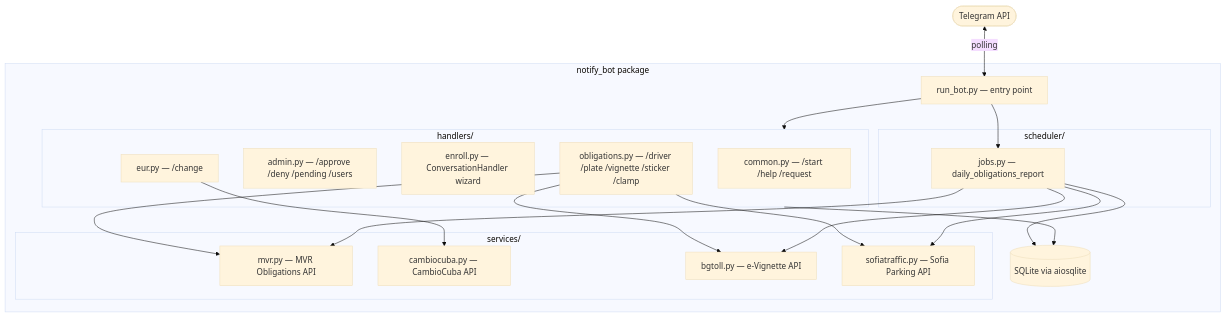
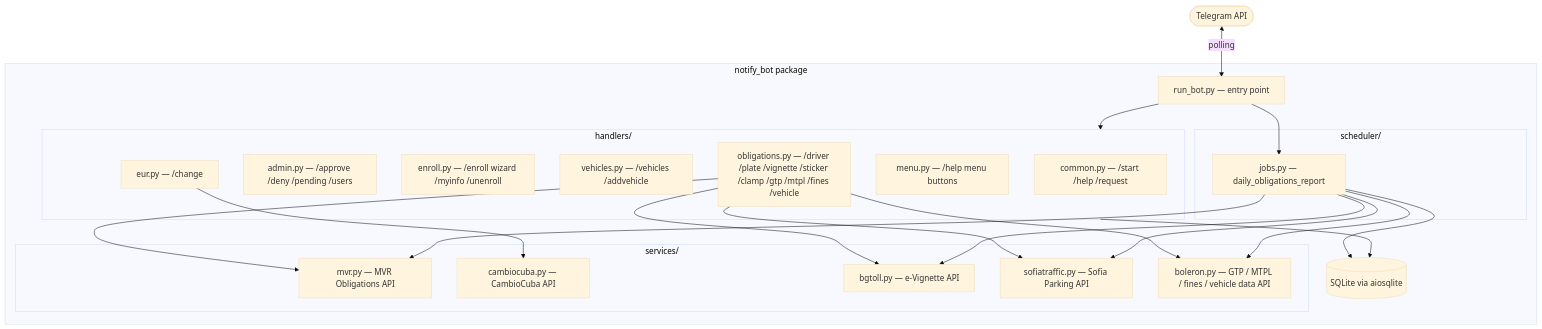
The diagram in README.md (SecDevOpsPro/notify-telegram-bot), drawn with Mermaid (base theme) before and after one commit. The commit also changed other lines of this file and 21 other files, not shown here.

````diff
--- a/README.md
+++ b/README.md
@@ -112,35 +117,38 @@
 ```mermaid
 graph TD
     TG([Telegram API])
 
     subgraph bot["notify_bot package"]
         RB[run_bot.py — entry point]
         DB[(SQLite via aiosqlite)]
 
         subgraph handlers["handlers/"]
             HC[common.py — /start /help /request]
             HA[admin.py — /approve /deny /pending /users]
-            HE[enroll.py — ConversationHandler wizard]
-            HO[obligations.py — /driver /plate /vignette /sticker /clamp]
+            HE[enroll.py — /enroll wizard /myinfo /unenroll]
+            HV[vehicles.py — /vehicles /addvehicle]
+            HO[obligations.py — /driver /plate /vignette /sticker /clamp /gtp /mtpl /fines /vehicle]
+            HM[menu.py — /help menu buttons]
             HU[eur.py — /change]
         end
 
         subgraph services["services/"]
             SMVR[mvr.py — MVR Obligations API]
             SCC[cambiocuba.py — CambioCuba API]
             SBG[bgtoll.py — e-Vignette API]
             SST[sofiatraffic.py — Sofia Parking API]
+            SBO[boleron.py — GTP / MTPL / fines / vehicle data API]
         end
 
         subgraph scheduler["scheduler/"]
             JQ[jobs.py — daily_obligations_report]
         end
     end
 
     TG <-->|polling| RB
     RB --> handlers & JQ
     handlers --> DB
-    HO --> SMVR & SBG & SST
+    HO --> SMVR & SBG & SST & SBO
     HU --> SCC
-    JQ --> SMVR & SBG & SST & DB
+    JQ --> SMVR & SBG & SST & SBO & DB
 ```
````
